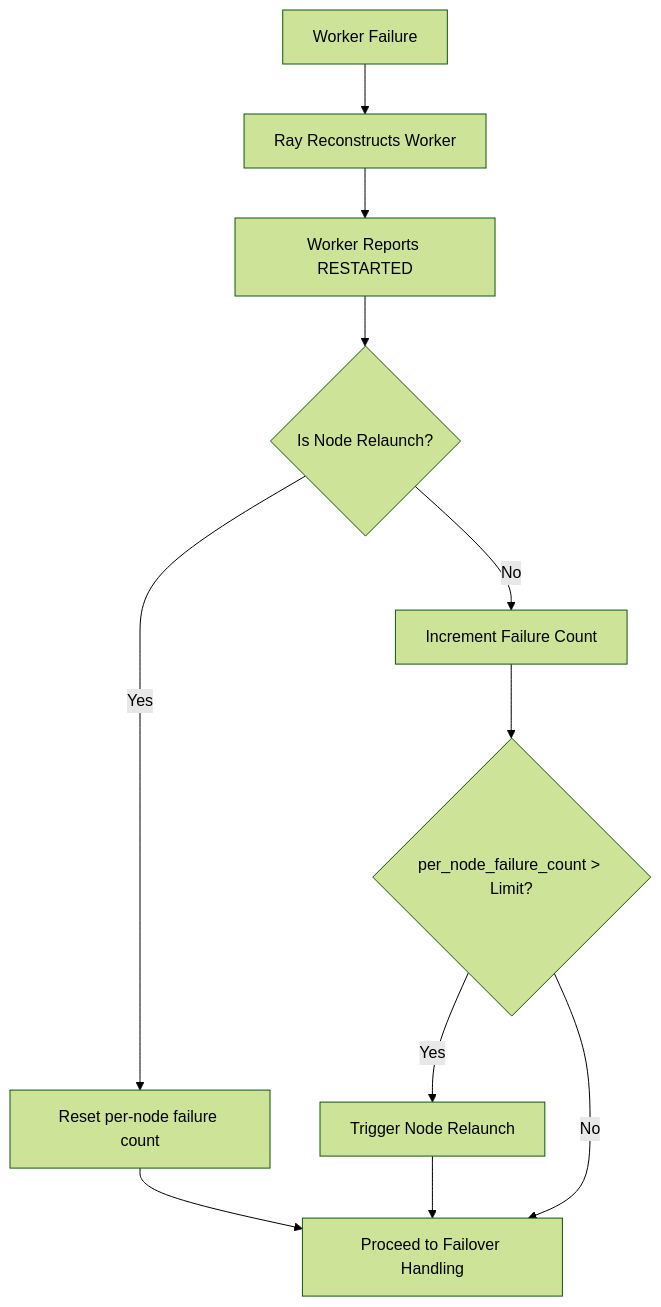
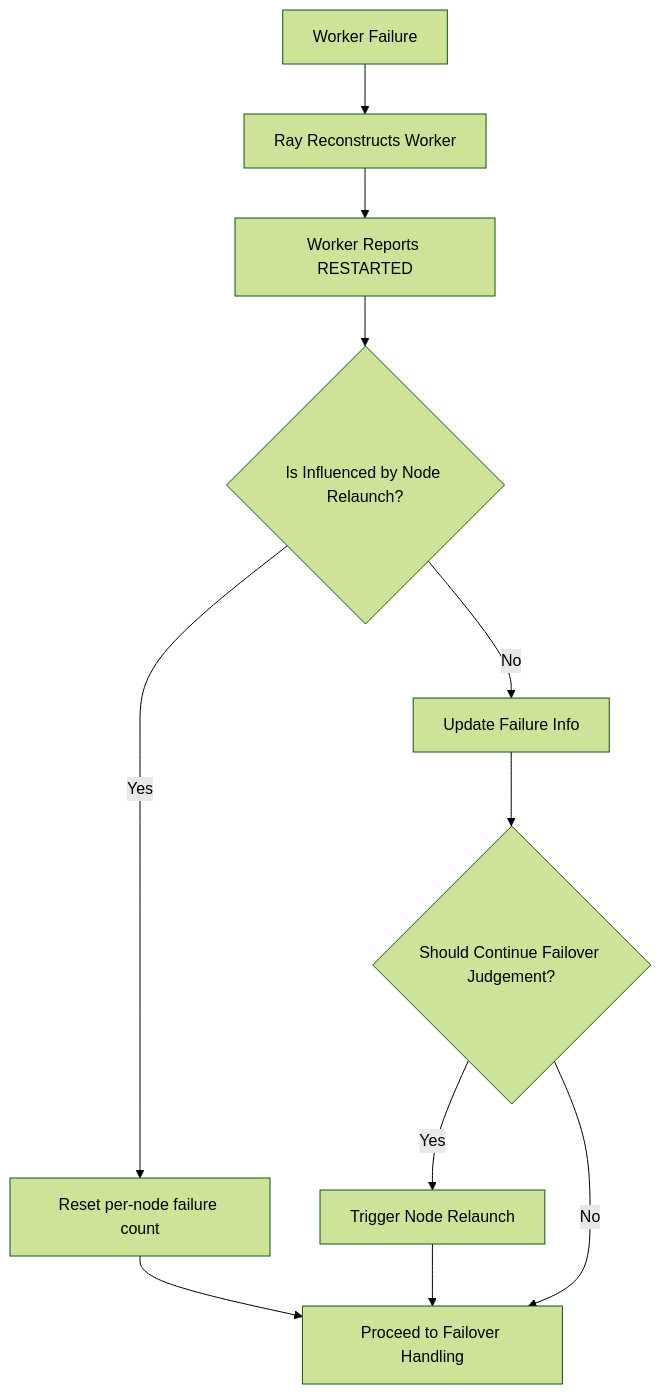
The first of 6 diagrams in docs/design/unified-failover.md (intelligent-machine-learning/dlrover), drawn with Mermaid (forest theme) before and after one commit. The commit also changed other lines of this file and 3 other files, not shown here.

````diff
--- a/docs/design/unified-failover.md
+++ b/docs/design/unified-failover.md
@@ -25,13 +31,13 @@
 ```mermaid
 flowchart TD
     A[Worker Failure] --> B[Ray Reconstructs Worker]
     B --> C[Worker Reports RESTARTED]
-    C --> D{Is Node Relaunch?}
+    C --> D{Is Influenced by Node Relaunch?}
     D -- Yes --> E[Reset per-node failure count]
     E --> K[Proceed to Failover Handling]
-    D -- No --> F[Increment Failure Count]
-    F --> G{per_node_failure_count > Limit?}
+    D -- No --> F[Update Failure Info]
+    F --> G{Should Continue Failover Judgement?}
     G -- Yes --> H[Trigger Node Relaunch]
     H --> K
     G -- No --> K[Proceed to Failover Handling]
 ```
````
